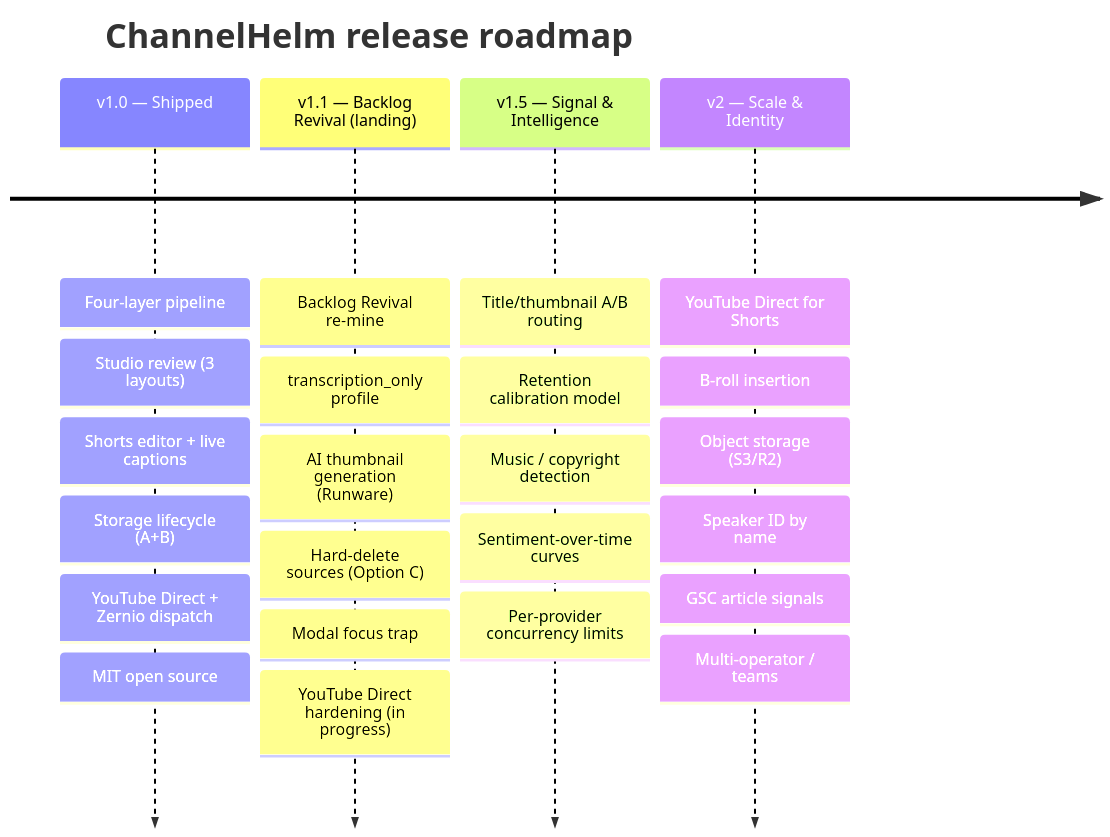
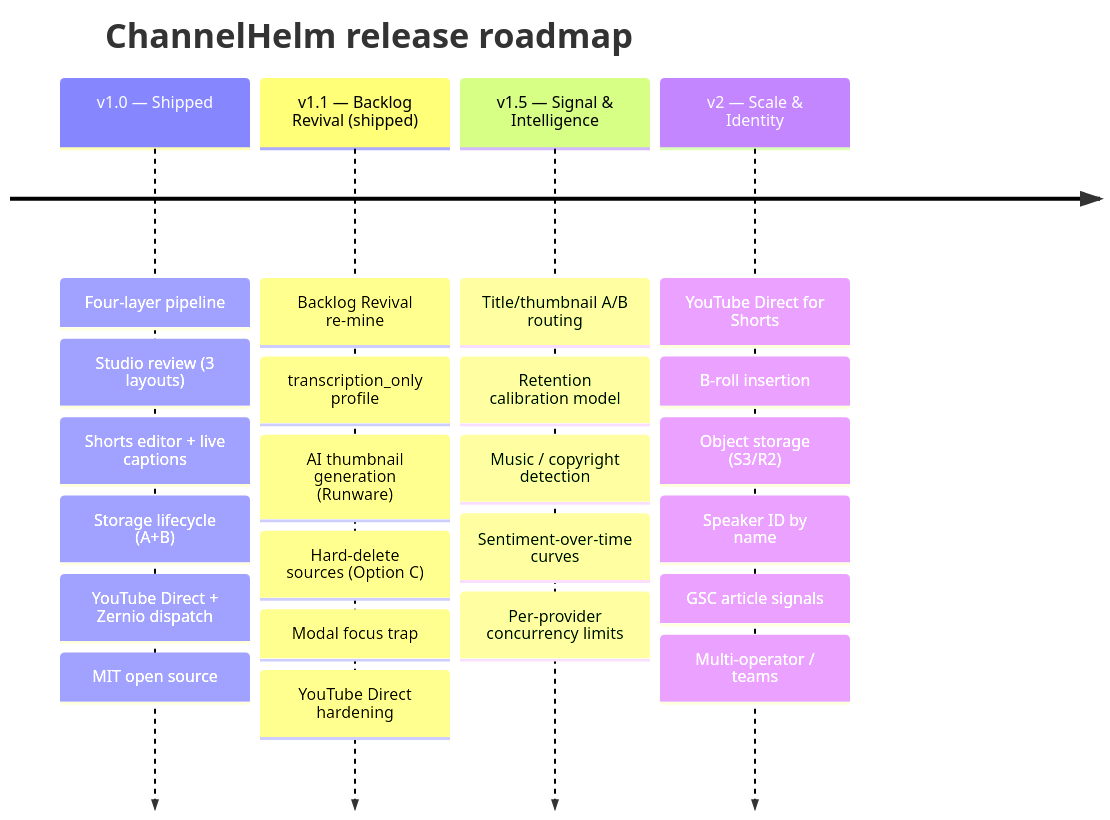
One commit to MeyerThorsten/ChannelHelm changed the diagram in ROADMAP.md. Above: the diagram before and after it, drawn with Mermaid. The commit also changed other lines of this file and 11 other files, not shown here.

First line of the commit message:
docs: close out v1.1 + contract llm_providers + roadmap nav links

````diff
--- a/ROADMAP.md
+++ b/ROADMAP.md
@@ -5,8 +5,8 @@
 ```mermaid
 timeline
     title ChannelHelm release roadmap
     v1.0 — Shipped : Four-layer pipeline : Studio review (3 layouts) : Shorts editor + live captions : Storage lifecycle (A+B) : YouTube Direct + Zernio dispatch : MIT open source
-    v1.1 — Backlog Revival (landing) : Backlog Revival re-mine : transcription_only profile : AI thumbnail generation (Runware) : Hard-delete sources (Option C) : Modal focus trap : YouTube Direct hardening (in progress)
+    v1.1 — Backlog Revival (shipped) : Backlog Revival re-mine : transcription_only profile : AI thumbnail generation (Runware) : Hard-delete sources (Option C) : Modal focus trap : YouTube Direct hardening
     v1.5 — Signal & Intelligence : Title/thumbnail A/B routing : Retention calibration model : Music / copyright detection : Sentiment-over-time curves : Per-provider concurrency limits
     v2 — Scale & Identity : YouTube Direct for Shorts : B-roll insertion : Object storage (S3/R2) : Speaker ID by name : GSC article signals : Multi-operator / teams
 ```
````
